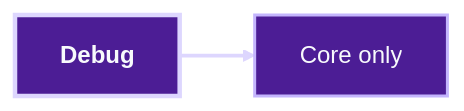
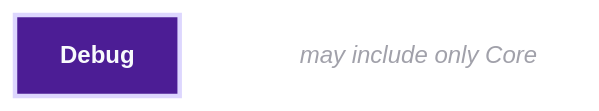
Diagram 16 of 42 in docs/architecture/system-dependencies.md (chetjones003/GoSurvey), drawn with Mermaid before and after one commit. The commit also changed other lines of this file and 3 other files, not shown here.

First line of the commit message:
tools: structure diagram generator and check it in CI

````diff
--- a/docs/architecture/system-dependencies.md
+++ b/docs/architecture/system-dependencies.md
@@ -438,9 +440,9 @@
 ```mermaid
 flowchart LR
   debug__src["<b>Debug</b>"]
-  debug__none["Core only"]
-  debug__src --> debug__none
+  debug__note["<i>may include only Core</i>"]
+  debug__src ~~~ debug__note
   style debug__src fill:#4c1d95,stroke:#ddd6fe,stroke-width:3px,color:#f8fafc
-  style debug__none fill:#4c1d95,stroke:#c4b5fd,stroke-width:2px,color:#f8fafc
-  linkStyle 0 stroke:#ddd6fe,stroke-width:2.5px
+  style debug__note fill:none,stroke:none,color:#a1a1aa
+  linkStyle 0 stroke:transparent,stroke-width:2.5px
 ```
````
